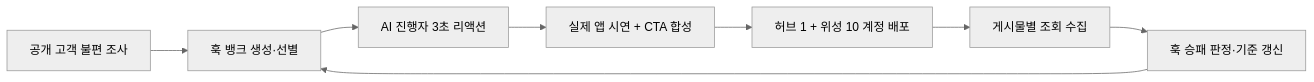
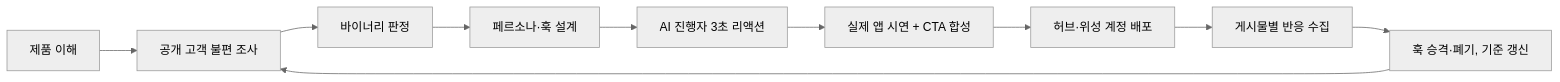
The diagram in README.md (DiBuffed/clone-gtm-loop), drawn with Mermaid (neutral theme) before and after one commit. The commit also changed other lines of this file, not shown here.

````diff
--- a/README.md
+++ b/README.md
@@ -52,10 +44,12 @@
 ```mermaid
 flowchart LR
-  A[공개 고객 불편 조사] --> B[훅 뱅크 생성·선별]
-  B --> C[AI 진행자 3초 리액션]
-  C --> D[실제 앱 시연 + CTA 합성]
-  D --> E[허브 1 + 위성 10 계정 배포]
-  E --> F[게시물별 조회 수집]
-  F --> G[훅 승패 판정·기준 갱신]
-  G --> B
+  A[제품 이해] --> B[공개 고객 불편 조사]
+  B --> C[바이너리 판정]
+  C --> D[페르소나·훅 설계]
+  D --> E[AI 진행자 3초 리액션]
+  E --> F[실제 앱 시연 + CTA 합성]
+  F --> G[허브·위성 계정 배포]
+  G --> H[게시물별 반응 수집]
+  H --> I[훅 승격·폐기, 기준 갱신]
+  I --> B
 ```
````
